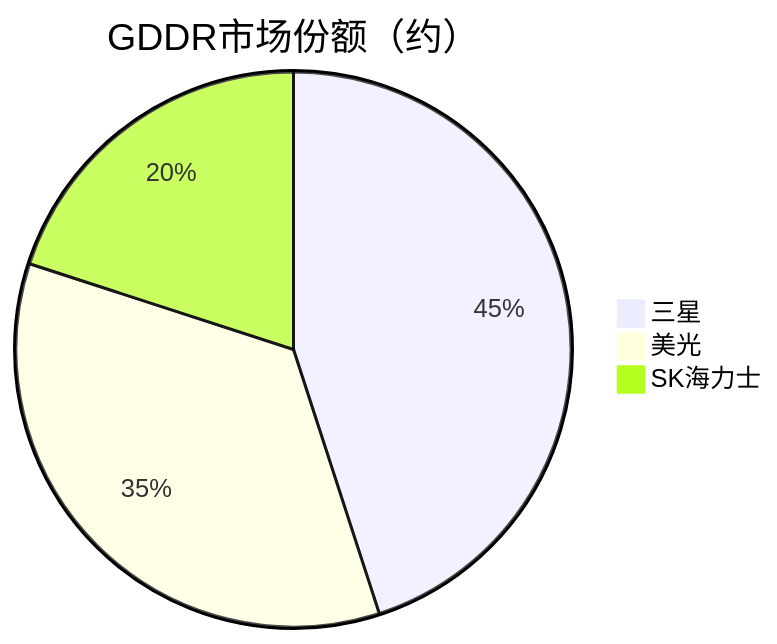
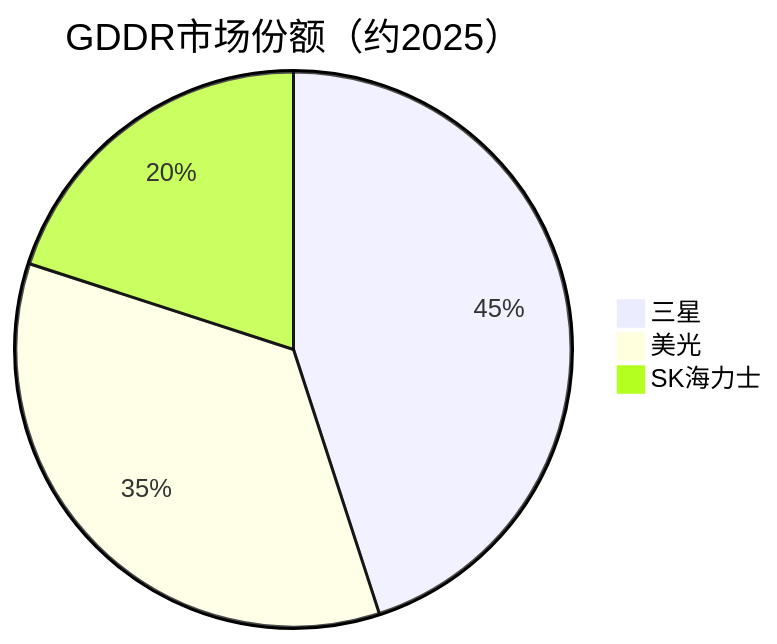
One commit to blueprint1453/industry-insight changed the third of 3 diagrams in 存储产业链/中游/DRAM/GDDR系列.md. Above: the diagram before and after it, drawn with Mermaid. The commit also changed other lines of this file and 78 other files, not shown here.

````diff
--- a/存储产业链/中游/DRAM/GDDR系列.md
+++ b/存储产业链/中游/DRAM/GDDR系列.md
@@ -93,6 +93,6 @@
 ```mermaid
-pie title GDDR市场份额（约）
+pie title GDDR市场份额（约2025）
     "三星" : 45
     "美光" : 35
     "SK海力士" : 20
 ```
````
